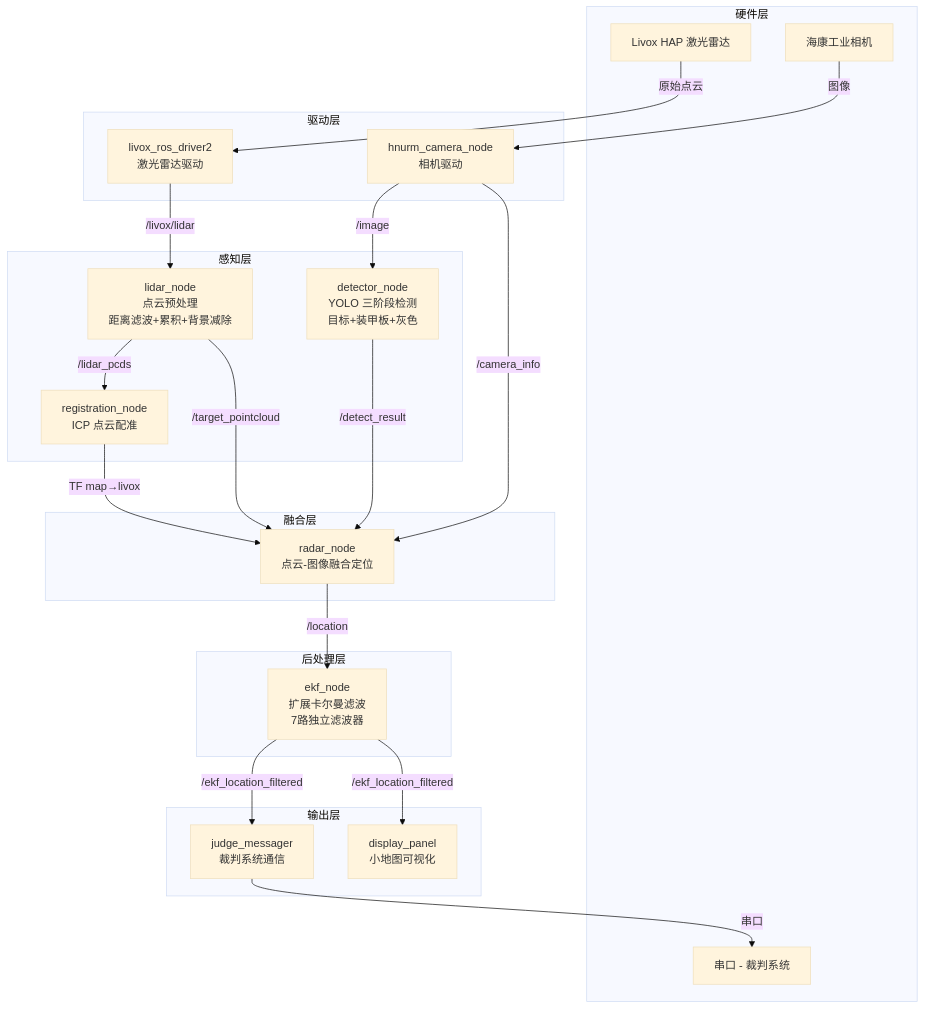
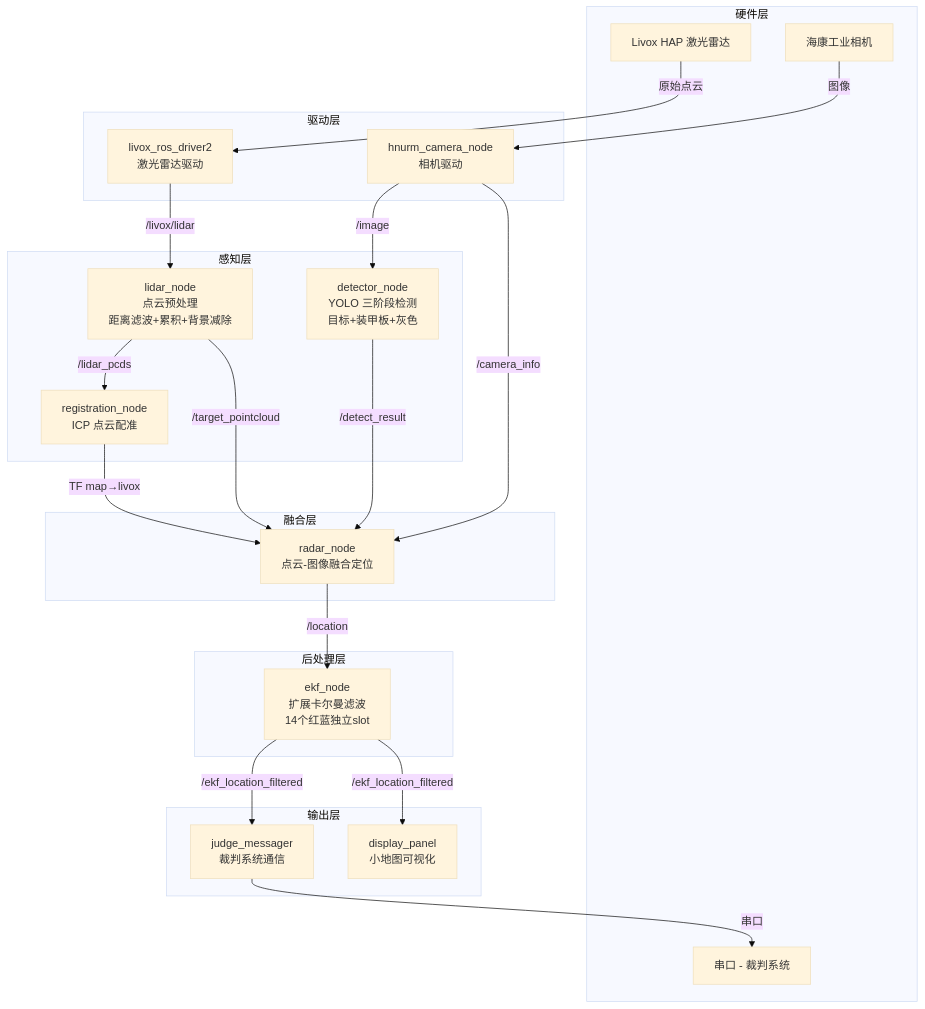
One commit to renquan87/HNURM-radar-2026 changed the first of 5 diagrams in docs/architecture/system_overview.md. Above: the diagram before and after it, drawn with Mermaid (base theme). The commit also changed other lines of this file and 9 other files, not shown here.

````diff
--- a/docs/architecture/system_overview.md
+++ b/docs/architecture/system_overview.md
@@ -21,49 +21,49 @@
 ```mermaid
 graph TD
     subgraph 硬件层
         HAP[Livox HAP 激光雷达]
         CAM[海康工业相机]
         UART[串口 - 裁判系统]
     end
 
     subgraph 驱动层
         LIVOX[livox_ros_driver2<br/>激光雷达驱动]
         HKCAM[hnurm_camera_node<br/>相机驱动]
     end
 
     subgraph 感知层
         LIDAR[lidar_node<br/>点云预处理<br/>距离滤波+累积+背景减除]
         DET[detector_node<br/>YOLO 三阶段检测<br/>目标+装甲板+灰色]
         REG[registration_node<br/>ICP 点云配准]
     end
 
     subgraph 融合层
         RADAR[radar_node<br/>点云-图像融合定位]
     end
 
     subgraph 后处理层
-        EKF[ekf_node<br/>扩展卡尔曼滤波<br/>7路独立滤波器]
+        EKF[ekf_node<br/>扩展卡尔曼滤波<br/>14个红蓝独立slot]
     end
 
     subgraph 输出层
         JUDGE[judge_messager<br/>裁判系统通信]
         DISP[display_panel<br/>小地图可视化]
     end
 
     HAP -->|原始点云| LIVOX
     CAM -->|图像| HKCAM
 
     LIVOX -->|/livox/lidar| LIDAR
     HKCAM -->|/image| DET
     HKCAM -->|/camera_info| RADAR
 
     LIDAR -->|/lidar_pcds| REG
     LIDAR -->|/target_pointcloud| RADAR
     DET -->|/detect_result| RADAR
     REG -->|TF map→livox| RADAR
 
     RADAR -->|/location| EKF
     EKF -->|/ekf_location_filtered| JUDGE
     EKF -->|/ekf_location_filtered| DISP
     JUDGE -->|串口| UART
 ```
````
